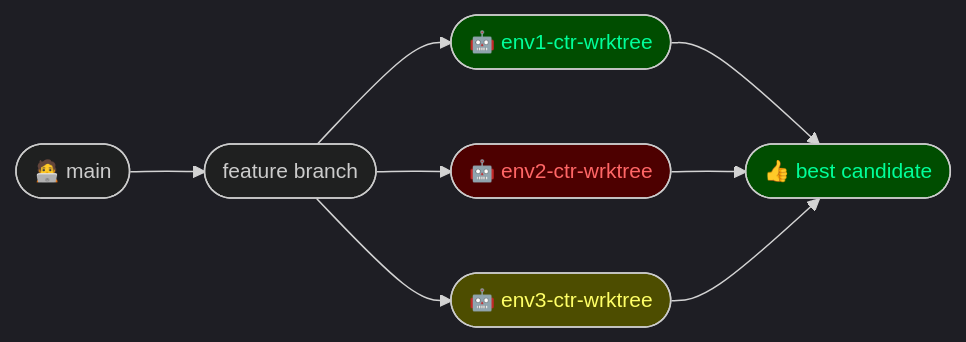
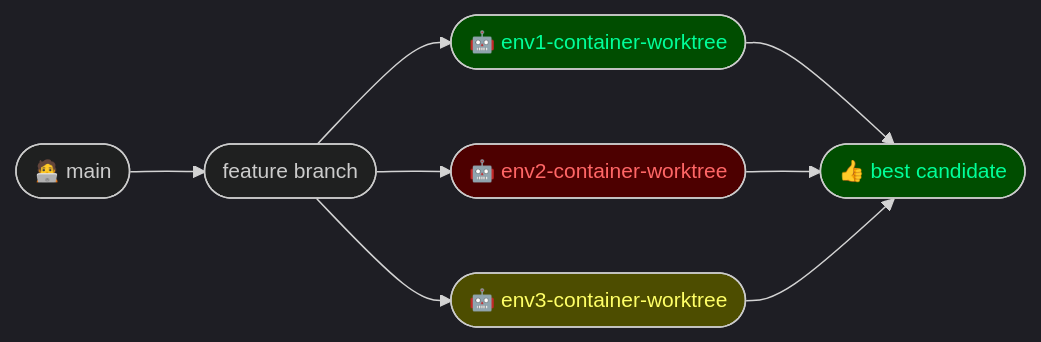
The first of 2 diagrams in README.md (jpadams/cu-mermaid), drawn with Mermaid before and after one commit. The commit also changed other lines of this file, not shown here.

````diff
--- a/README.md
+++ b/README.md
@@ -1,44 +1,44 @@
 ```mermaid
 %%{ init {
   "theme": "dark",
   "themeVariables": {
     "primaryColor": "#21262d",
     "edgeLabelBackground":"#1e1e1e",
     "fontSize": "14px"
   }
 } }%%
 graph LR
     %% Main branch
     main([🧑‍💻 main])
 
     %% Feature branch
     feature([feature branch])
 
     %% Fan out to parallel agents
-    rev1([🤖 env1-ctr-wrktree])
-    rev2([🤖 env2-ctr-wrktree])
-    rev3([🤖 env3-ctr-wrktree])
+    rev1([🤖 env1-container-worktree])
+    rev2([🤖 env2-container-worktree])
+    rev3([🤖 env3-container-worktree])
 
     %% Final merge
     best([👍 best candidate])
 
     %% Flow connections
     main --> feature 
     feature --> rev1
     feature --> rev2
     feature --> rev3
 
     rev1 --> best
     rev2 --> best
     rev3 --> best
 
     %% Coloring per branch
     classDef greenBranch fill:#004d00,color:#00ff99;
     classDef redBranch fill:#4d0000,color:#ff6666;
     classDef yellowBranch fill:#4d4d00,color:#ffff66;
 
     class rev1 greenBranch;
     class best greenBranch;
     class rev2 redBranch;
     class rev3 yellowBranch;
 ```
````
